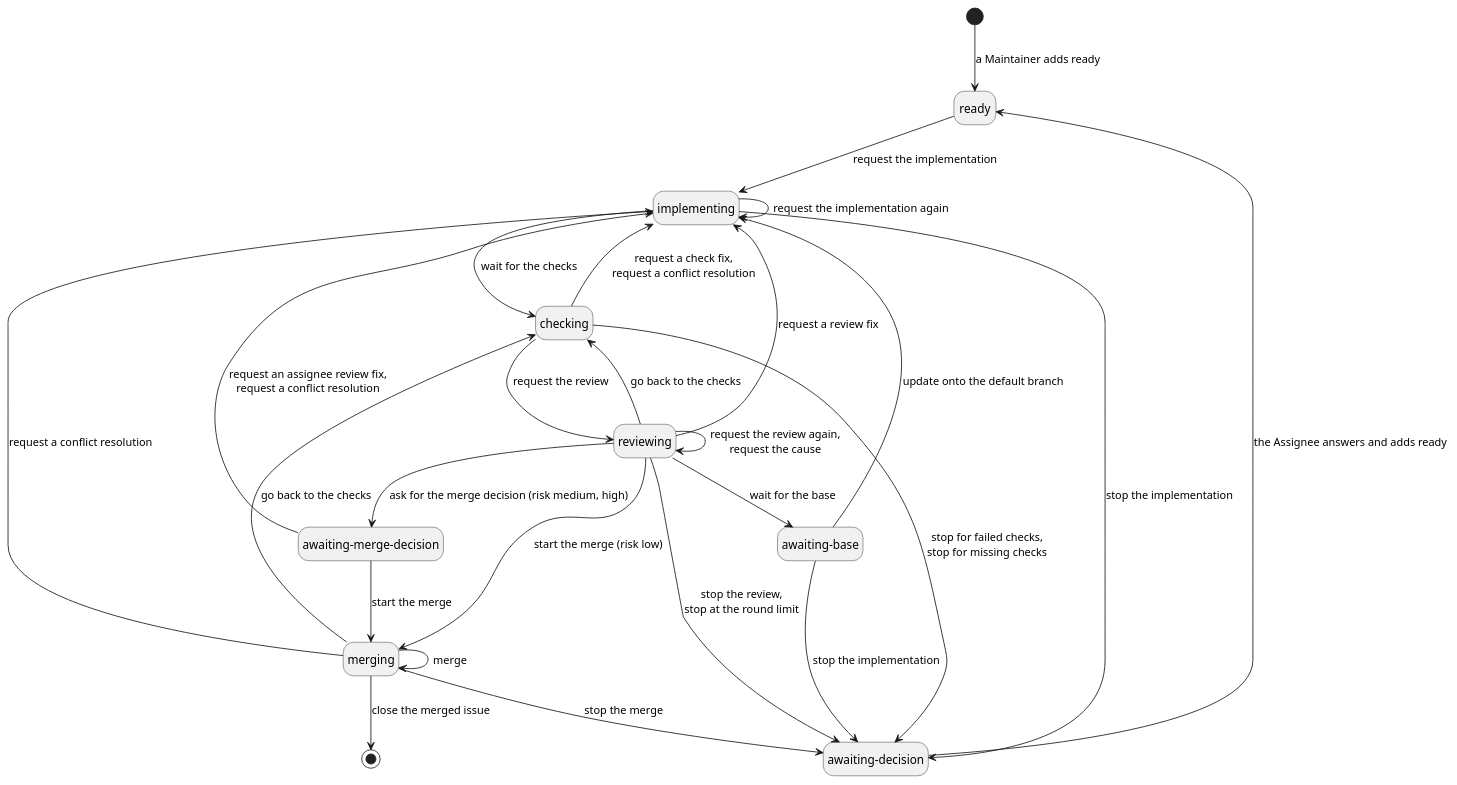
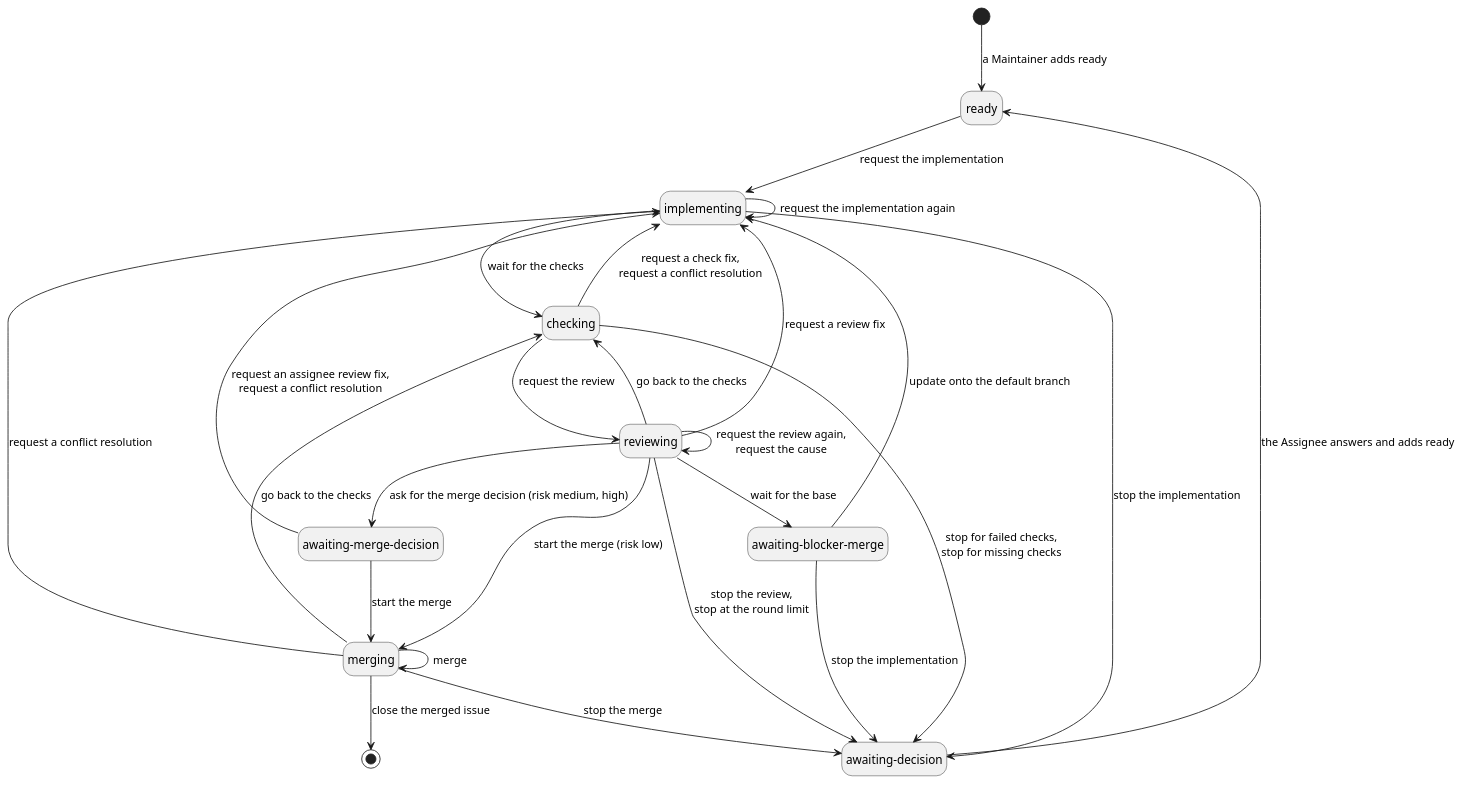
The diagram in docs/ja/requirements/implementation-issue-states.puml (cloveclovedev/cumin-works), drawn with PlantUML before and after one commit. The commit also changed 17 other files, not shown here.

```diff
--- a/docs/ja/requirements/implementation-issue-states.puml
+++ b/docs/ja/requirements/implementation-issue-states.puml
@@ -1,45 +1,45 @@
 @startuml implementation-issue-states
 ' cumin-works - the states of an implementation issue, with the action names only.
 ' Each category page holds the guards and what cumin does
 ' (implementation, checks, review, merge).
 ' A state is a label on GitHub, written without "cumin/status/".
 ' Render: run scripts/render-diagrams.sh at the root of the repository.
 
 hide empty description
 
 state "ready" as Ready
 state "implementing" as Implementing
 state "checking" as Checking
 state "reviewing" as Reviewing
 state "awaiting-merge-decision" as MergeDecision
-state "awaiting-base" as AwaitingBase
+state "awaiting-blocker-merge" as AwaitingBase
 state "merging" as Merging
 state "awaiting-decision" as Decision
 
 [*] --> Ready : a Maintainer adds ready
 Ready --> Implementing : request the implementation
 Implementing --> Implementing : request the implementation again
 Implementing --> Checking : wait for the checks
 Implementing --> Decision : stop the implementation
 Checking --> Implementing : request a check fix,\nrequest a conflict resolution
 Checking --> Decision : stop for failed checks,\nstop for missing checks
 Checking --> Reviewing : request the review
 Reviewing --> Reviewing : request the review again,\nrequest the cause
 Reviewing --> Implementing : request a review fix
 Reviewing --> Checking : go back to the checks
 Reviewing --> Decision : stop the review,\nstop at the round limit
 Reviewing --> Merging : start the merge (risk low)
 Reviewing --> MergeDecision : ask for the merge decision (risk medium, high)
 Reviewing --> AwaitingBase : wait for the base
 MergeDecision --> Merging : start the merge
 MergeDecision --> Implementing : request an assignee review fix,\nrequest a conflict resolution
 AwaitingBase --> Implementing : update onto the default branch
 AwaitingBase --> Decision : stop the implementation
 Merging --> Merging : merge
 Merging --> Checking : go back to the checks
 Merging --> Implementing : request a conflict resolution
 Merging --> Decision : stop the merge
 Merging --> [*] : close the merged issue
 Decision --> Ready : the Assignee answers and adds ready
 
 @enduml
```
